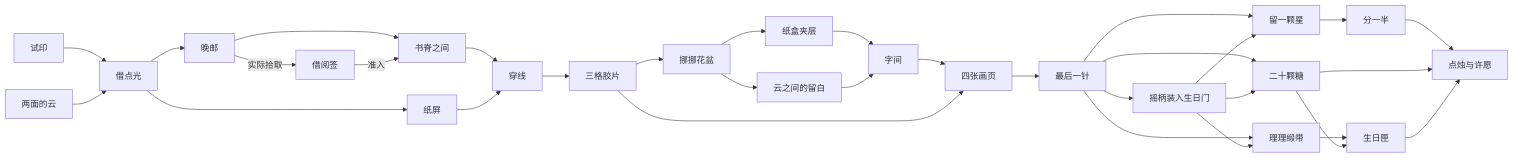
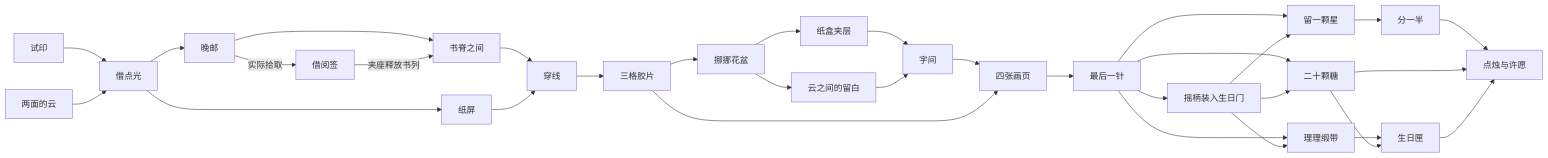
One commit to liu2024whu-bit/smallgame changed the diagram in docs/v29-relations.md. Above: the diagram before and after it, drawn with Mermaid. The commit also changed other lines of this file and 138 other files, not shown here.

````diff
--- a/docs/v29-relations.md
+++ b/docs/v29-relations.md
@@ -7,53 +7,53 @@
 ```mermaid
 flowchart LR
   paper["试印"]
   cloud["两面的云"]
   calibration["借点光"]
   postbox["晚邮"]
   books["书脊之间"]
   screen["纸屏"]
   belt["穿线"]
   film["三格胶片"]
   flowers["挪挪花盆"]
   paperBack["纸盒夹层"]
   cloudGap["云之间的留白"]
   wordlock["字间"]
   album["四张画页"]
   stitch["最后一针"]
   chocolate["留一颗星"]
   cocoa["分一半"]
   sweets["二十颗糖"]
   ribbons["理理缎带"]
   birthdayLock["生日匣"]
   paper --> calibration
   cloud --> calibration
   calibration --> postbox
   postbox --> books
   calibration --> screen
   books --> belt
   screen --> belt
   belt --> film
   film --> flowers
   flowers --> paperBack
   flowers --> cloudGap
   paperBack --> wordlock
   cloudGap --> wordlock
   wordlock --> album
   film --> album
   album --> stitch
   stitch --> chocolate
   chocolate --> cocoa
   stitch --> sweets
   stitch --> ribbons
   ribbons --> birthdayLock
   postbox -->|实际拾取| borrowSlip["借阅签"]
-  borrowSlip -->|准入| books
+  borrowSlip -->|夹座释放书列| books
   stitch --> birthdayDoor["摇柄装入生日门"]
   birthdayDoor --> chocolate
   birthdayDoor --> sweets
   birthdayDoor --> ribbons
   sweets --> birthdayLock
   cocoa --> candles["点烛与许愿"]
   sweets --> candles
   birthdayLock --> candles
 ```
````
